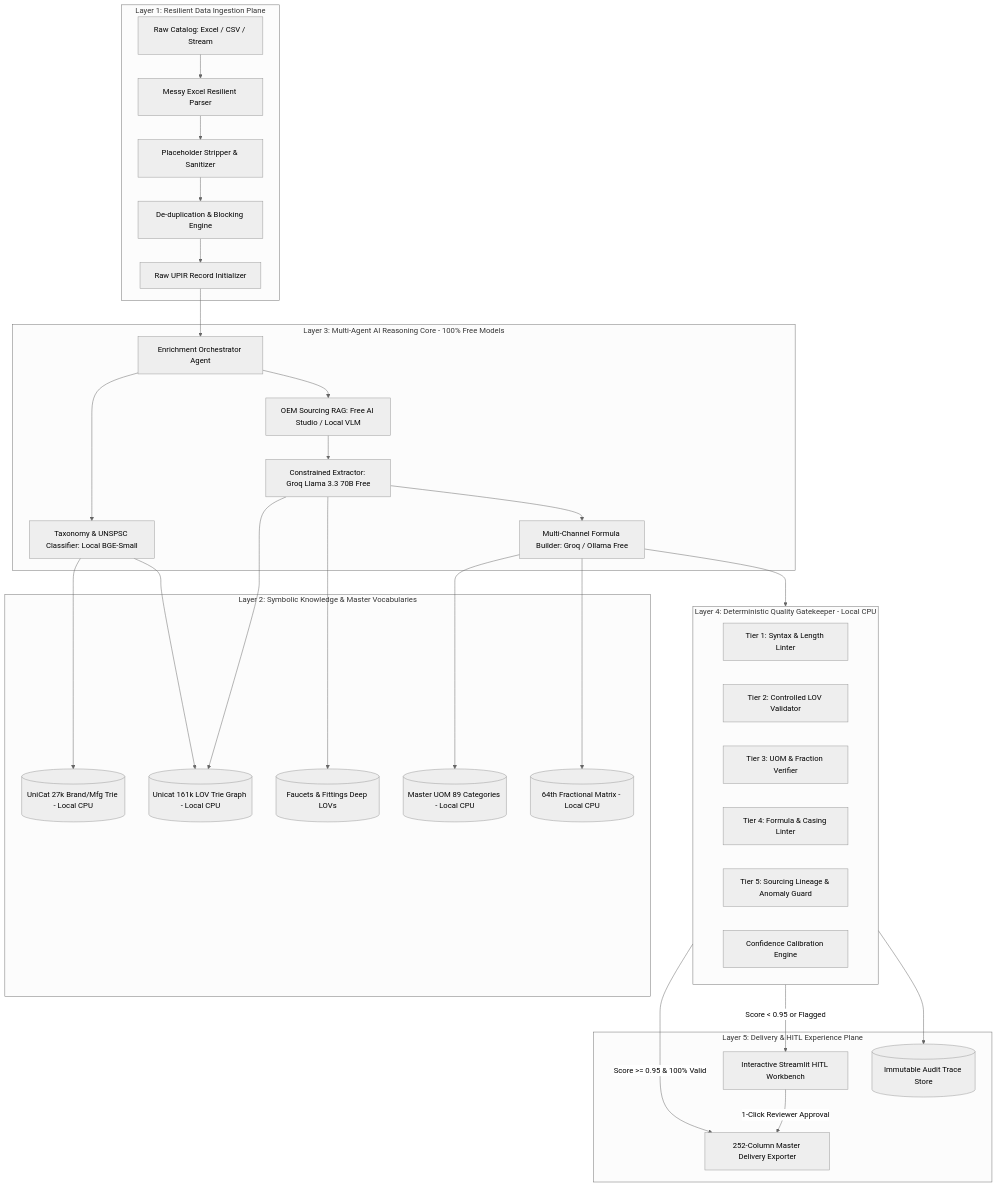
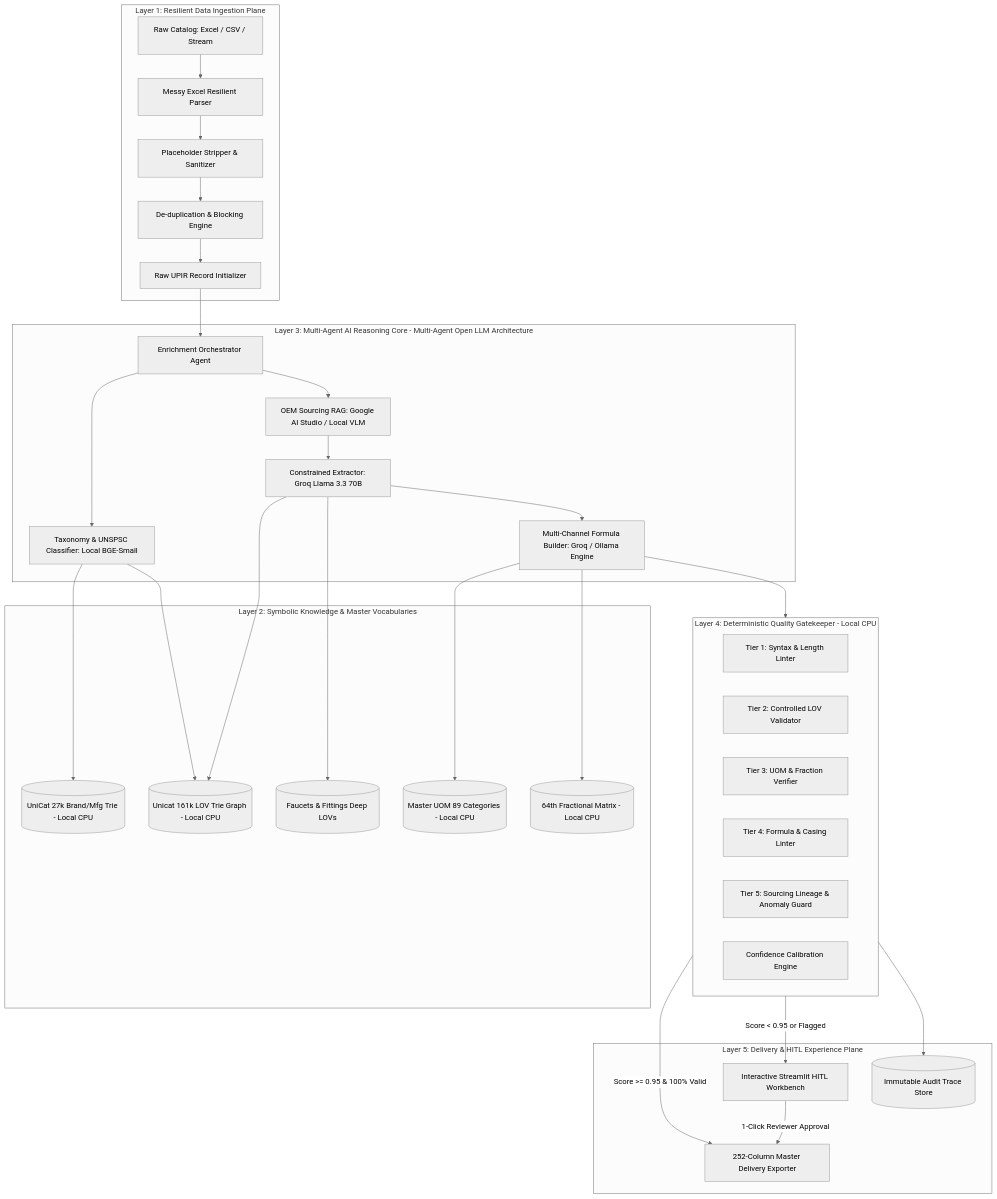
One commit to Adityaraj1969/AI-Powered-Product-Intelligence-for-Industrial-Commerce changed the first of 3 diagrams in docs/Architecture.md. Above: the diagram before and after it, drawn with Mermaid (neutral theme). The commit also changed other lines of this file and 16 other files, not shown here.

````diff
--- a/docs/Architecture.md
+++ b/docs/Architecture.md
@@ -20,58 +20,58 @@
 ```mermaid
 flowchart TD
     subgraph Data_Plane [Layer 1: Resilient Data Ingestion Plane]
         IN[Raw Catalog: Excel / CSV / Stream] --> PARSE[Messy Excel Resilient Parser]
         PARSE --> CLEAN[Placeholder Stripper & Sanitizer]
         CLEAN --> DEDUP[De-duplication & Blocking Engine]
         DEDUP --> UPIR_INIT[Raw UPIR Record Initializer]
     end
 
     subgraph Knowledge_Plane [Layer 2: Symbolic Knowledge & Master Vocabularies]
         BRAND_TRIE[(UniCat 27k Brand/Mfg Trie - Local CPU)]
         LOV_GRAPH[(Unicat 161k LOV Trie Graph - Local CPU)]
         UOM_ENG[(Master UOM 89 Categories - Local CPU)]
         FRAC_MAT[(64th Fractional Matrix - Local CPU)]
         VERT_LOV[(Faucets & Fittings Deep LOVs)]
     end
 
-    subgraph AI_Reasoning_Plane [Layer 3: Multi-Agent AI Reasoning Core - 100% Free Models]
+    subgraph AI_Reasoning_Plane [Layer 3: Multi-Agent AI Reasoning Core - Multi-Agent Open LLM Architecture]
         ORCH[Enrichment Orchestrator Agent]
         CLASS_AGENT[Taxonomy & UNSPSC Classifier: Local BGE-Small]
-        RAG_AGENT[OEM Sourcing RAG: Free AI Studio / Local VLM]
-        ATTR_AGENT[Constrained Extractor: Groq Llama 3.3 70B Free]
-        SYNTH_AGENT[Multi-Channel Formula Builder: Groq / Ollama Free]
+        RAG_AGENT[OEM Sourcing RAG: Google AI Studio / Local VLM]
+        ATTR_AGENT[Constrained Extractor: Groq Llama 3.3 70B]
+        SYNTH_AGENT[Multi-Channel Formula Builder: Groq / Ollama Engine]
     end
 
     subgraph Quality_Plane [Layer 4: Deterministic Quality Gatekeeper - Local CPU]
         T1[Tier 1: Syntax & Length Linter]
         T2[Tier 2: Controlled LOV Validator]
         T3[Tier 3: UOM & Fraction Verifier]
         T4[Tier 4: Formula & Casing Linter]
         T5[Tier 5: Sourcing Lineage & Anomaly Guard]
         CONF[Confidence Calibration Engine]
     end
 
     subgraph Experience_Plane [Layer 5: Delivery & HITL Experience Plane]
         AUTO_EXPORT[252-Column Master Delivery Exporter]
         HITL_UI[Interactive Streamlit HITL Workbench]
         AUDIT_LOG[(Immutable Audit Trace Store)]
     end
 
     UPIR_INIT --> ORCH
     ORCH --> CLASS_AGENT
     CLASS_AGENT --> BRAND_TRIE
     CLASS_AGENT --> LOV_GRAPH
     ORCH --> RAG_AGENT
     RAG_AGENT --> ATTR_AGENT
     ATTR_AGENT --> LOV_GRAPH
     ATTR_AGENT --> VERT_LOV
     ATTR_AGENT --> SYNTH_AGENT
     SYNTH_AGENT --> UOM_ENG
     SYNTH_AGENT --> FRAC_MAT
     SYNTH_AGENT --> Quality_Plane
 
     Quality_Plane -->|Score >= 0.95 & 100% Valid| AUTO_EXPORT
     Quality_Plane -->|Score < 0.95 or Flagged| HITL_UI
     Quality_Plane --> AUDIT_LOG
     HITL_UI -->|1-Click Reviewer Approval| AUTO_EXPORT
 ```
````
